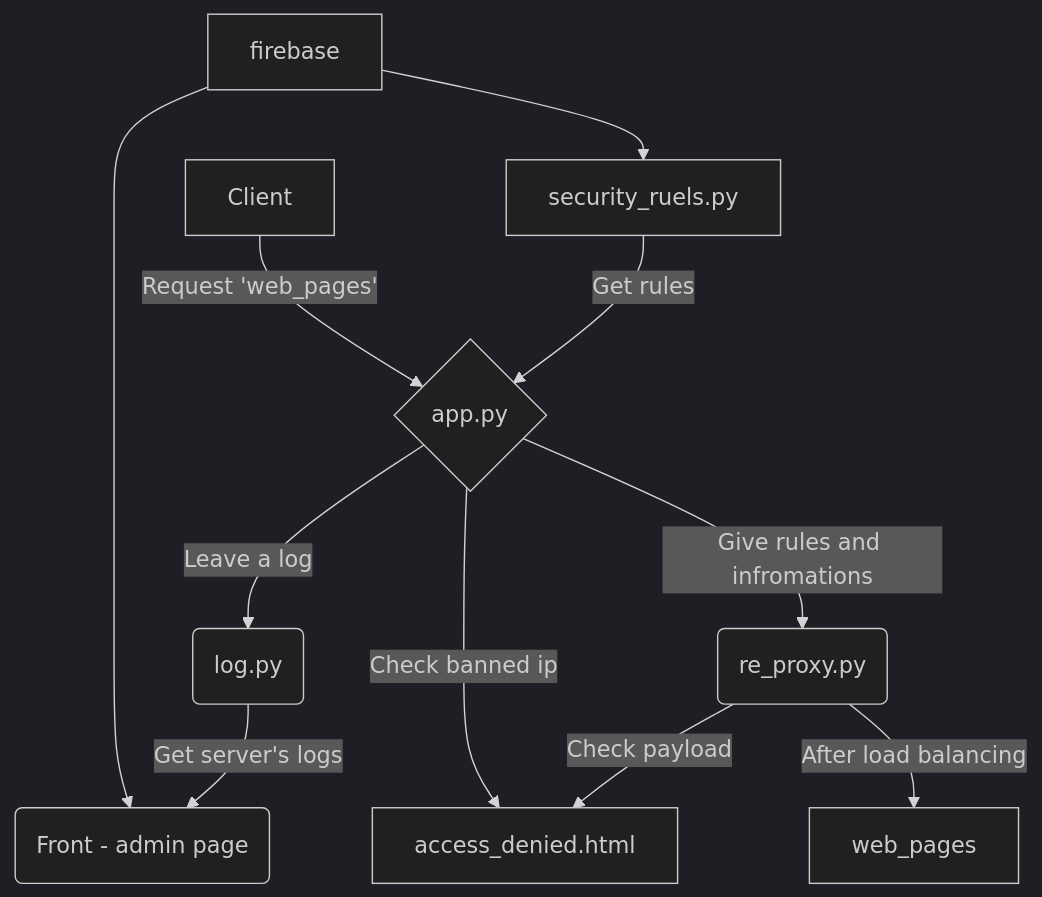
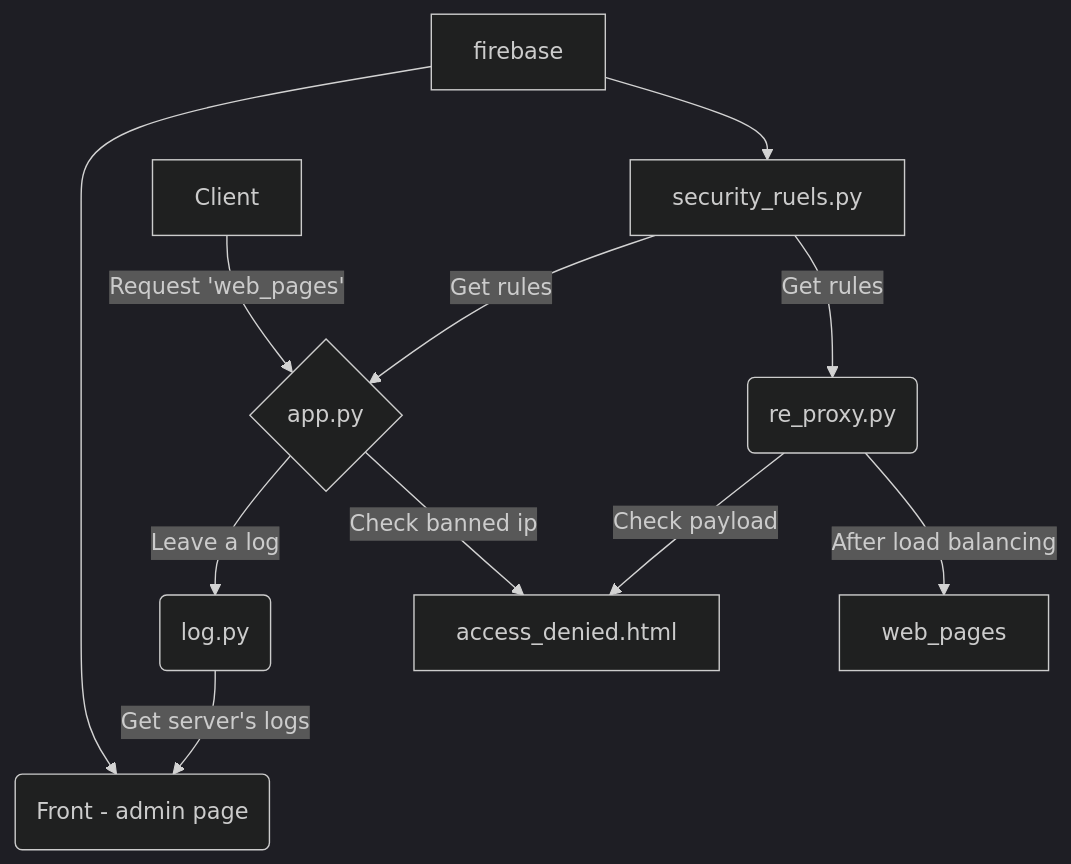
One commit to OnebinYoo/capstone changed the diagram in README.md. Above: the diagram before and after it, drawn with Mermaid (dark theme). The commit also changed other lines of this file, not shown here.

````diff
--- a/README.md
+++ b/README.md
@@ -16,13 +16,13 @@
 ```mermaid
 graph TD;
     A[security_ruels.py]-->|Get rules| B{app.py};
     B --> |Leave a log| C(log.py);
     B --> |Check banned ip| E;
-    B --> |Give rules and infromations| D(re_proxy.py);
+    A --> |Get rules| D(re_proxy.py);
     D --> |Check payload| E[access_denied.html];
     D --> |After load balancing| F[web_pages];
     G[Client] --> |Request 'web_pages'| B;
     C -->|Get server's logs| H(Front - admin page);
     I[firebase] --> H;
     I --> A;
 ```
````
